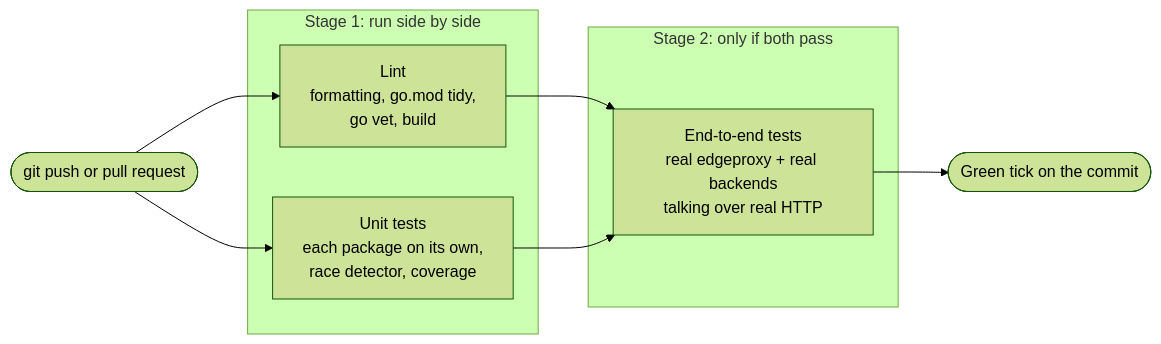
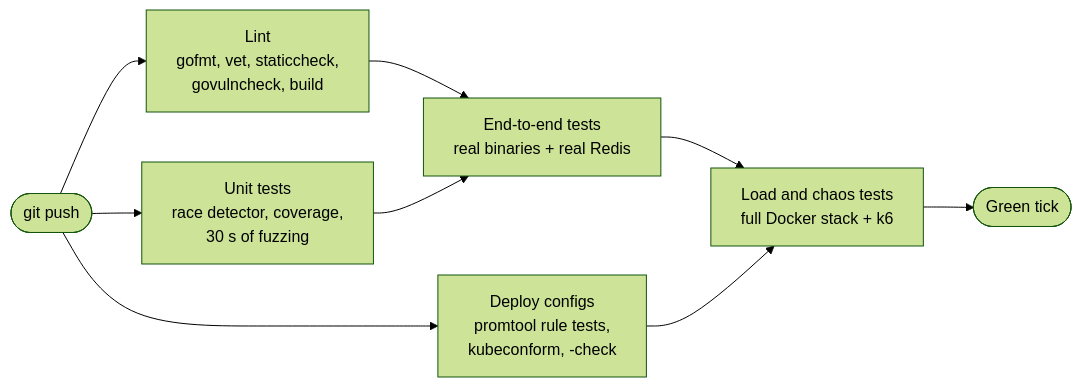
Diagram 19 of 19 in README.md (pavanaditya123/edgeproxy), drawn with Mermaid (forest theme) before and after one commit. The commit also changed other lines of this file, not shown here.

First line of the commit message:
Rewrite README for the full system

````diff
--- a/README.md
+++ b/README.md
@@ -624,15 +1072,11 @@
 ```mermaid
 flowchart LR
-    PUSH(["git push or pull request"]) --> LINT
-    PUSH --> UNIT
-    subgraph S1["Stage 1: run side by side"]
-        LINT["Lint<br/>formatting, go.mod tidy,<br/>go vet, build"]
-        UNIT["Unit tests<br/>each package on its own,<br/>race detector, coverage"]
-    end
-    LINT --> E2E
+    PUSH(["git push"]) --> LINT["Lint<br/>gofmt, vet, staticcheck,<br/>govulncheck, build"]
+    PUSH --> UNIT["Unit tests<br/>race detector, coverage,<br/>30 s of fuzzing"]
+    PUSH --> CONF["Deploy configs<br/>promtool rule tests,<br/>kubeconform, -check"]
+    LINT --> E2E["End-to-end tests<br/>real binaries + real Redis"]
     UNIT --> E2E
-    subgraph S2["Stage 2: only if both pass"]
-        E2E["End-to-end tests<br/>real edgeproxy + real backends<br/>talking over real HTTP"]
-    end
-    E2E --> OK(["Green tick on the commit"])
+    E2E --> SYS["Load and chaos tests<br/>full Docker stack + k6"]
+    CONF --> SYS
+    SYS --> OK(["Green tick"])
 ```
````
